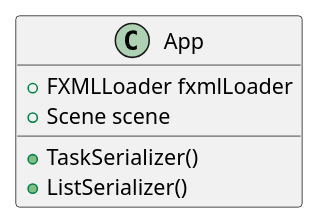
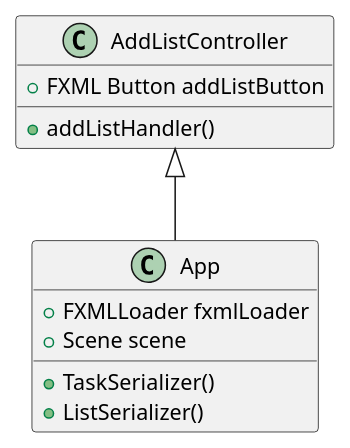
One commit to carolinacrduarte/duarte-cop3330-assignment4part2 changed the diagram in uml/App.puml. Above: the diagram before and after it, drawn with PlantUML. The commit also changed other lines of this file and 10 other files, not shown here.

Commit message:
Add relationships to UML diagrams and JUnit tests pseudocode

```diff
--- a/uml/App.puml
+++ b/uml/App.puml
@@ -1,8 +1,15 @@
 @startuml
 class App{
     +FXMLLoader fxmlLoader
     +Scene scene
     +TaskSerializer()
     +ListSerializer()
 }
+
+class AddListController{
+    +FXML Button addListButton
+    +addListHandler()
+}
+
+AddListController <|-- App
 @enduml
```
